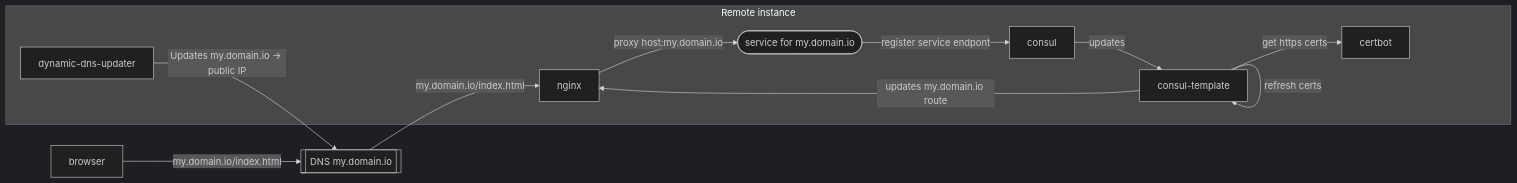
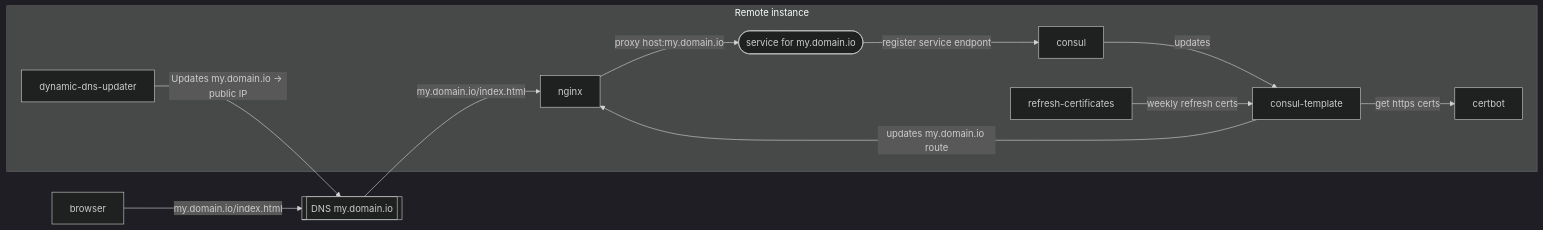
One commit to dionjwa/dynamic-dns-automatic changed the diagram in README.md. Above: the diagram before and after it, drawn with Mermaid (dark theme).

Commit message:
Update mermaid

````diff
--- a/README.md
+++ b/README.md
@@ -14,21 +14,21 @@
 ```mermaid
 graph LR
   nginx
   certbot
   consul
   consul-template
   domainregister[[DNS my.domain.io]]
   service([service for my.domain.io])
   subgraph "Remote instance "
     service --> |register service endpont| consul
     consul --> |updates| consul-template
     consul-template --> |get https certs| certbot
     consul-template --> |updates my.domain.io route| nginx
-    consul-template --> |refresh certs| consul-template
+    refresh-certificates --> |weekly refresh certs| consul-template
     dynamic-dns-updater
     nginx --> |proxy host:my.domain.io| service
   end
   dynamic-dns-updater --> | Updates my.domain.io -> public IP |domainregister
   browser --> |my.domain.io/index.html| domainregister
   domainregister --> |my.domain.io/index.html| nginx
 ```
````
